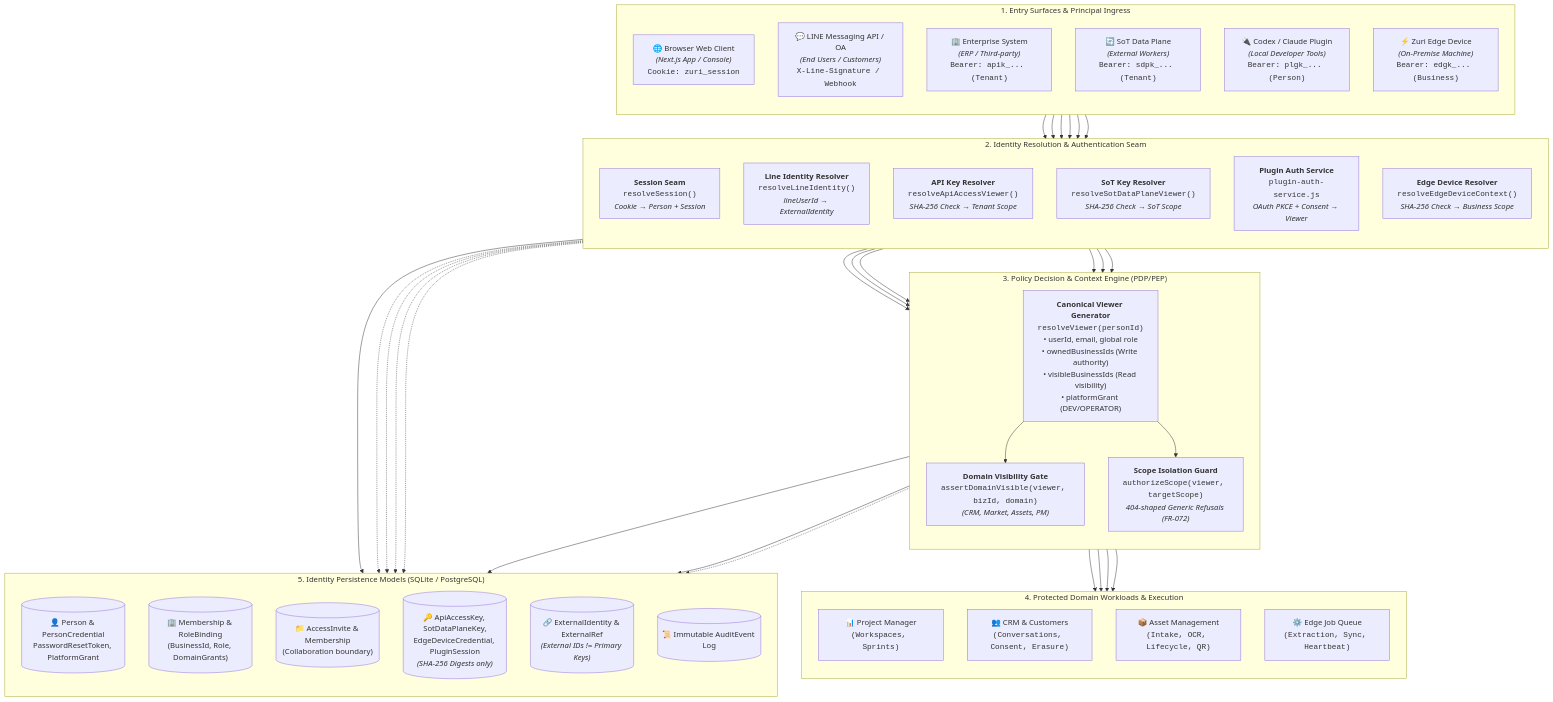
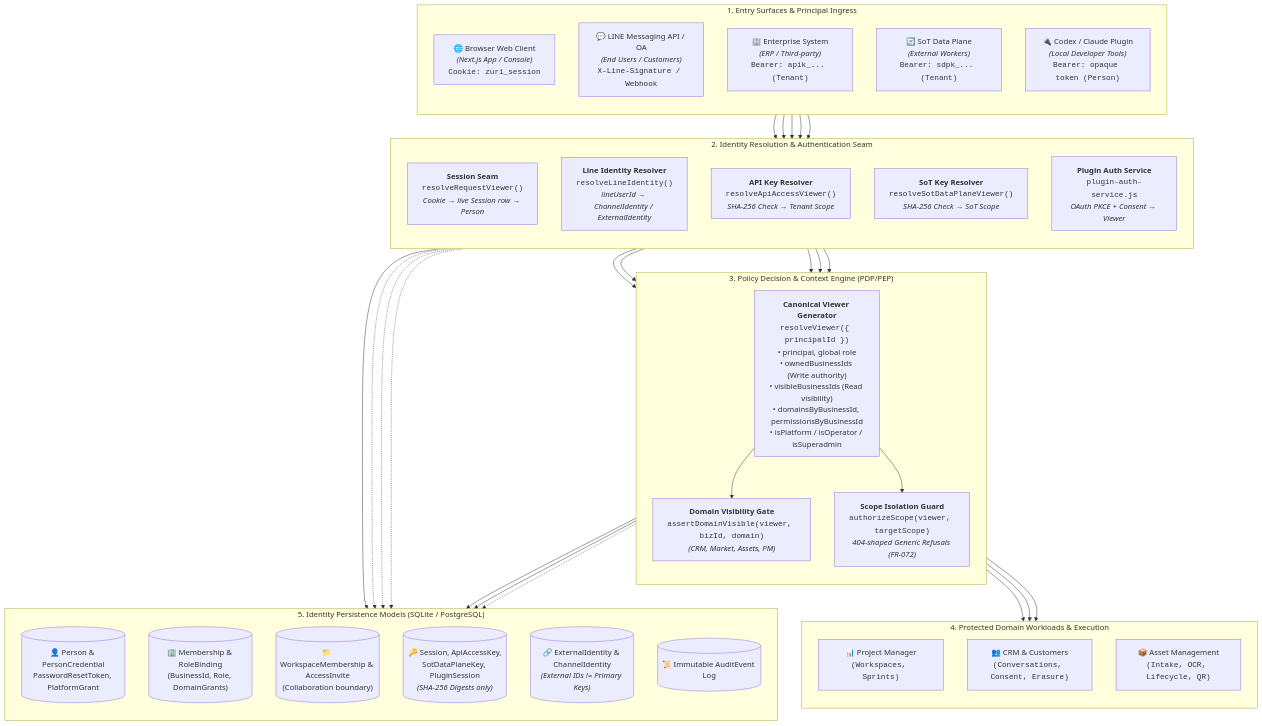
Before and after one commit to Freshair129/zuri.ai: the first of 4 diagrams in docs/domains/identity/SYSTEM-DIAGRAM.md, drawn with Mermaid. The commit also changed other lines of this file and 17 other files, not shown here.

````diff
--- a/docs/domains/identity/SYSTEM-DIAGRAM.md
+++ b/docs/domains/identity/SYSTEM-DIAGRAM.md
@@ -26,25 +35,23 @@
         C_LINE["💬 LINE Messaging API / OA<br/><i>(End Users / Customers)</i><br/><code>X-Line-Signature / Webhook</code>"]
         C_API["🏢 Enterprise System<br/><i>(ERP / Third-party)</i><br/><code>Bearer: apik_... (Tenant)</code>"]
         C_SOT["🔄 SoT Data Plane<br/><i>(External Workers)</i><br/><code>Bearer: sdpk_... (Tenant)</code>"]
-        C_PLUGIN["🔌 Codex / Claude Plugin<br/><i>(Local Developer Tools)</i><br/><code>Bearer: plgk_... (Person)</code>"]
-        C_EDGE["⚡ Zuri Edge Device<br/><i>(On-Premise Machine)</i><br/><code>Bearer: edgk_... (Business)</code>"]
+        C_PLUGIN["🔌 Codex / Claude Plugin<br/><i>(Local Developer Tools)</i><br/><code>Bearer: opaque token (Person)</code>"]
     end
 
     %% Identity & Authentication Seam
     subgraph AUTH_LAYER["2. Identity Resolution & Authentication Seam"]
         direction TB
-        R_SESSION["<b>Session Seam</b><br/><code>resolveSession()</code><br/><i>Cookie → Person + Session</i>"]
-        R_LINE["<b>Line Identity Resolver</b><br/><code>resolveLineIdentity()</code><br/><i>lineUserId → ExternalIdentity</i>"]
+        R_SESSION["<b>Session Seam</b><br/><code>resolveRequestViewer()</code><br/><i>Cookie → live Session row → Person</i>"]
+        R_LINE["<b>Line Identity Resolver</b><br/><code>resolveLineIdentity()</code><br/><i>lineUserId → ChannelIdentity / ExternalIdentity</i>"]
         R_APIKEY["<b>API Key Resolver</b><br/><code>resolveApiAccessViewer()</code><br/><i>SHA-256 Check → Tenant Scope</i>"]
         R_SOTKEY["<b>SoT Key Resolver</b><br/><code>resolveSotDataPlaneViewer()</code><br/><i>SHA-256 Check → SoT Scope</i>"]
         R_PLUGIN["<b>Plugin Auth Service</b><br/><code>plugin-auth-service.js</code><br/><i>OAuth PKCE + Consent → Viewer</i>"]
-        R_EDGE["<b>Edge Device Resolver</b><br/><code>resolveEdgeDeviceContext()</code><br/><i>SHA-256 Check → Business Scope</i>"]
     end
 
     %% PDP & Authorization Engine
     subgraph PDP_LAYER["3. Policy Decision & Context Engine (PDP/PEP)"]
         direction TB
-        VIEWER_GEN["<b>Canonical Viewer Generator</b><br/><code>resolveViewer(personId)</code><br/>• userId, email, global role<br/>• ownedBusinessIds (Write authority)<br/>• visibleBusinessIds (Read visibility)<br/>• platformGrant (DEV/OPERATOR)"]
+        VIEWER_GEN["<b>Canonical Viewer Generator</b><br/><code>resolveViewer({ principalId })</code><br/>• principal, global role<br/>• ownedBusinessIds (Write authority)<br/>• visibleBusinessIds (Read visibility)<br/>• domainsByBusinessId, permissionsByBusinessId<br/>• isPlatform / isOperator / isSuperadmin"]
         
         DOMAIN_PEP["<b>Domain Visibility Gate</b><br/><code>assertDomainVisible(viewer, bizId, domain)</code><br/><i>(CRM, Market, Assets, PM)</i>"]
         
@@ -57,7 +64,6 @@
         D_PM["📊 Project Manager<br/><code>(Workspaces, Sprints)</code>"]
         D_CRM["👥 CRM & Customers<br/><code>(Conversations, Consent, Erasure)</code>"]
         D_ASSETS["📦 Asset Management<br/><code>(Intake, OCR, Lifecycle, QR)</code>"]
-        D_EDGE_JOBS["⚙️ Edge Job Queue<br/><code>(Extraction, Sync, Heartbeat)</code>"]
     end
 
     %% Persistence & Security Store
@@ -65,9 +71,9 @@
         direction TB
         DB_PERSON[("👤 Person & PersonCredential<br/>PasswordResetToken, PlatformGrant")]
         DB_MEMBERSHIP[("🏢 Membership & RoleBinding<br/>(BusinessId, Role, DomainGrants)")]
-        DB_WORKSPACE[("📁 AccessInvite & Membership<br/>(Collaboration boundary)")]
-        DB_KEYS[("🔑 ApiAccessKey, SotDataPlaneKey,<br/>EdgeDeviceCredential, PluginSession<br/><i>(SHA-256 Digests only)</i>")]
-        DB_EXT[("🔗 ExternalIdentity & ExternalRef<br/><i>(External IDs != Primary Keys)</i>")]
+        DB_WORKSPACE[("📁 WorkspaceMembership & AccessInvite<br/>(Collaboration boundary)")]
+        DB_KEYS[("🔑 Session, ApiAccessKey,<br/>SotDataPlaneKey, PluginSession<br/><i>(SHA-256 Digests only)</i>")]
+        DB_EXT[("🔗 ExternalIdentity & ChannelIdentity<br/><i>(External IDs != Primary Keys)</i>")]
         DB_AUDIT[("📜 Immutable AuditEvent Log")]
     end
 
@@ -77,7 +83,6 @@
     C_API --> R_APIKEY
     C_SOT --> R_SOTKEY
     C_PLUGIN --> R_PLUGIN
-    C_EDGE --> R_EDGE
 
     R_SESSION --> VIEWER_GEN
     R_LINE --> DB_EXT
@@ -91,17 +96,14 @@
 
     R_APIKEY --> SCOPE_PEP
     R_SOTKEY --> SCOPE_PEP
-    R_EDGE --> SCOPE_PEP
 
     R_APIKEY -.-> DB_KEYS
     R_SOTKEY -.-> DB_KEYS
-    R_EDGE -.-> DB_KEYS
     R_SESSION -.-> DB_KEYS
 
     DOMAIN_PEP --> D_PM
     DOMAIN_PEP --> D_CRM
     DOMAIN_PEP --> D_ASSETS
-    SCOPE_PEP --> D_EDGE_JOBS
 
     PDP_LAYER -.-> DB_AUDIT
 ```
````
